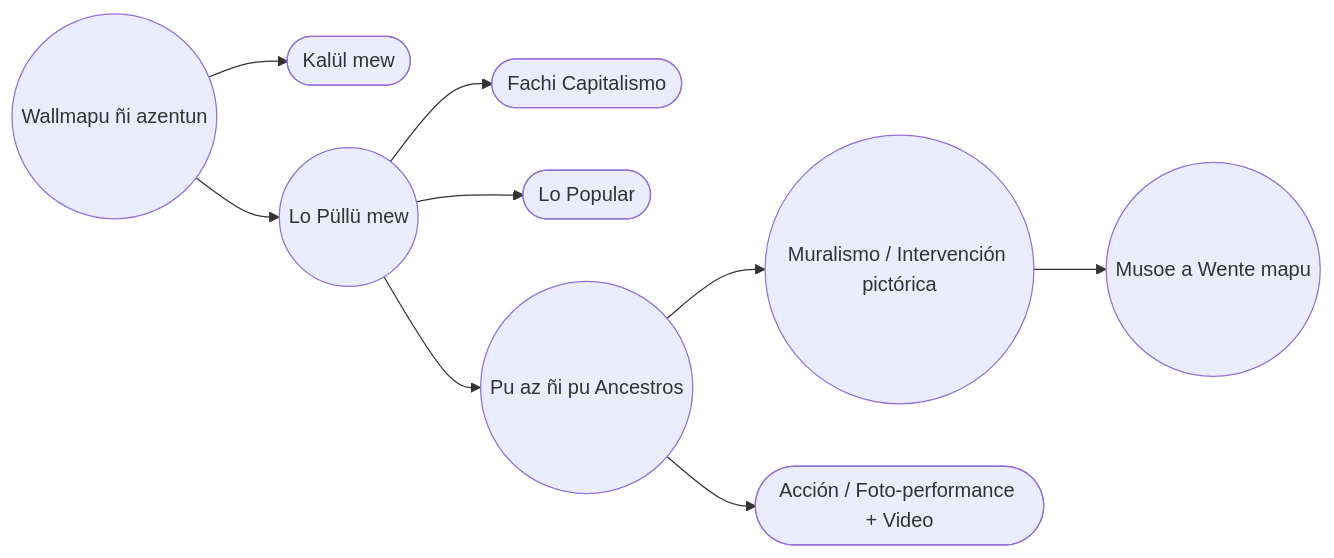
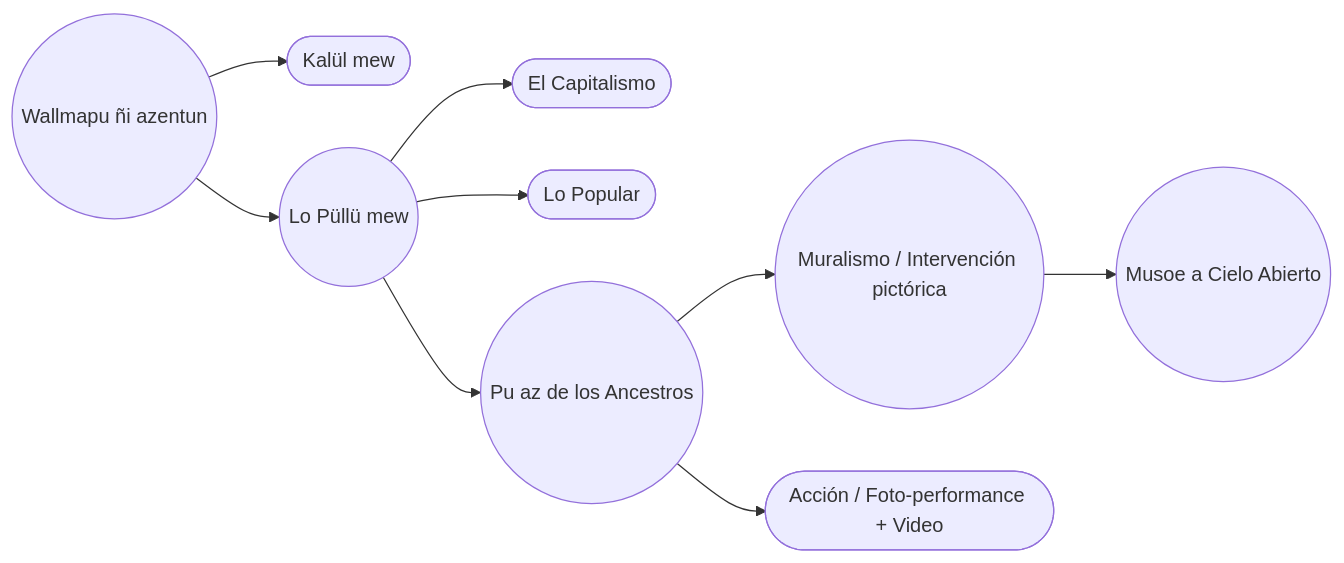
The diagram in MPD/musoe-a-cielo-abierto.md (EGGS-Artesvisuales/EGGS-Artesvisuales.github.io), drawn with Mermaid before and after one commit. The commit also changed other lines of this file and 41 other files, not shown here.

```diff
--- a/MPD/musoe-a-cielo-abierto.md
+++ b/MPD/musoe-a-cielo-abierto.md
@@ -24,30 +24,30 @@
 <div class="mermaid">
 flowchart LR
-  %% Txoy: Wallmapu ñi azentun
+  %% Página: Wallmapu ñi azentun
   %% Regla azentun:
   %% - Ruta activa (nodos tocados): ((redondos))
-  %% - Hermanos / ramas fuera ñi ruta: ([redondeados-rectangulares])
+  %% - Hermanos / ramas fuera de ruta: ([redondeados-rectangulares])
 
   A((Wallmapu ñi azentun)) --> T([Kalül mew])
   A --> I((Lo Püllü mew))
 
-  I --> C([Fachi Capitalismo])
+  I --> C([El Capitalismo])
   I --> P([Lo Popular])
-  I --> AN((Pu az ñi pu Ancestros))
+  I --> AN((Pu az de los Ancestros))
 
   AN --> AN_M((Muralismo / Intervención pictórica))
   AN --> AN_A([Acción / Foto-performance + Video])
 
-  AN_M --> MCA((Musoe a Wente mapu))
+  AN_M --> MCA((Musoe a Cielo Abierto))
 
   %% Links (ES/)
   click A "/MPD/mundo-exterior.html" "Amun: Wallmapu ñi azentun"
   click T "/MPD/tangible.html" "Amun: Kalül mew"
   click I "/MPD/intangible.html" "Amun: Lo Püllü mew"
   click C "/MPD/en-construccion.html" "Dewmangen mew"
   click P "/MPD/en-construccion.html" "Dewmangen mew"
-  click AN "/MPD/imagenes-ancestros.html" "Amun: Pu az ñi pu Ancestros"
+  click AN "/MPD/imagenes-ancestros.html" "Amun: Pu az de los Ancestros"
 
   click AN_A "/MPD/en-construccion.html" "Dewmangen mew"
-  click MCA "/MPD/musoe-a-cielo-abierto.html" "Amun: Musoe a Wente mapu"
+  click MCA "/MPD/musoe-a-cielo-abierto.html" "Amun: Musoe a Cielo Abierto"
 </div>
```
